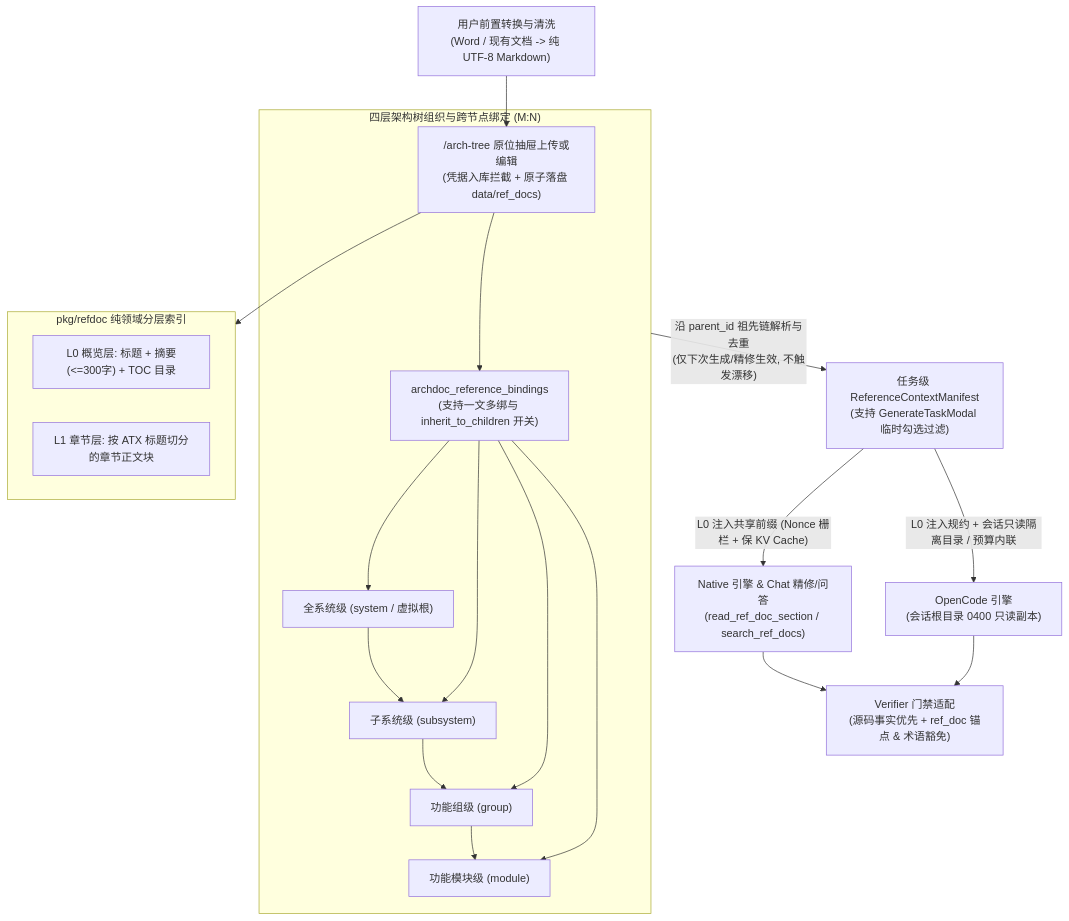
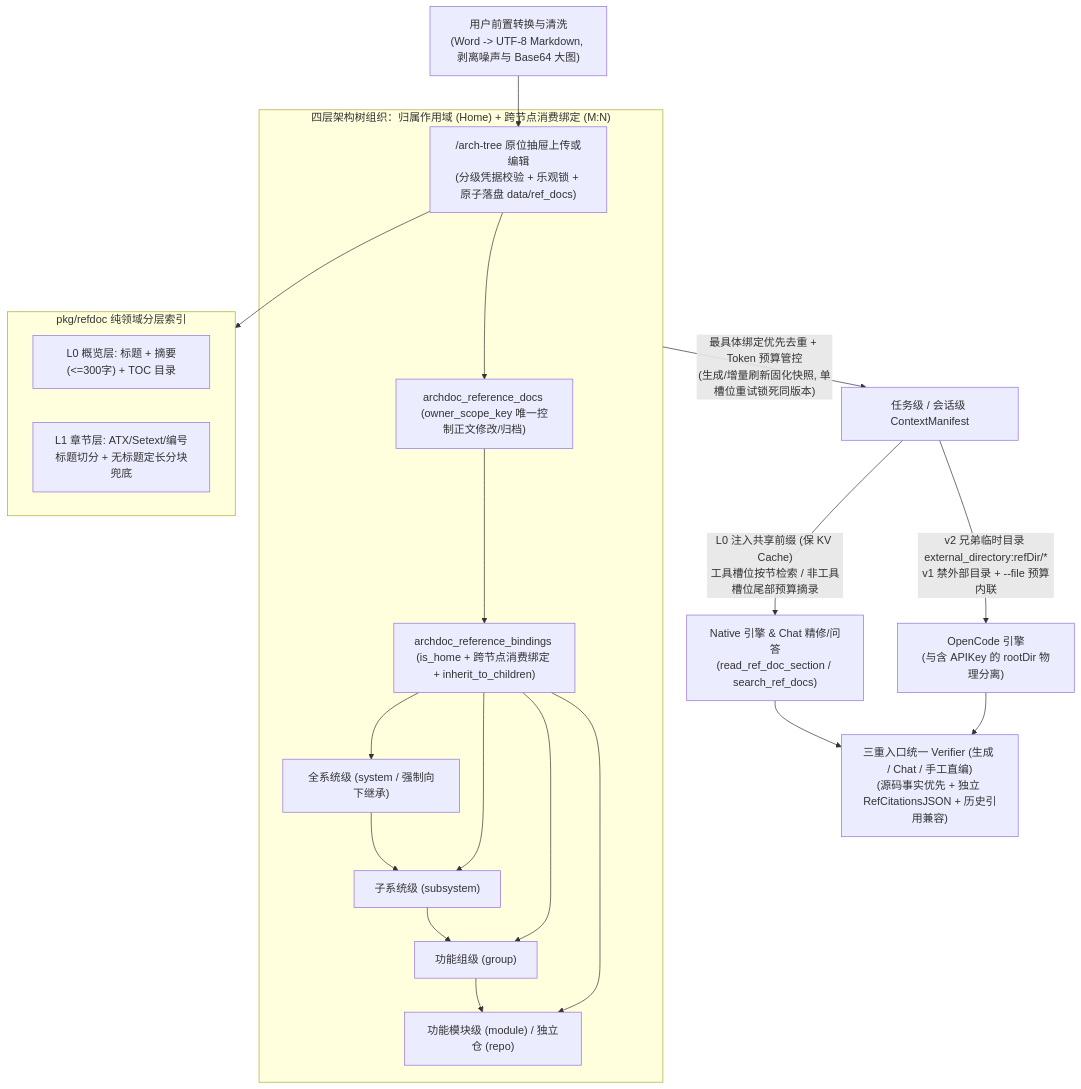
Before and after one commit to fugui/code-archdoc: the diagram in docs/05-adr/10-arch-reference-docs-and-context-injection.md, drawn with Mermaid. The commit also changed other lines of this file, not shown here.

Commit message:
docs(adr): 检视并修订 ADR-10 参考文档归属 RBAC、独立引用列与 OpenCode v2 隔离方案

````diff
--- a/docs/05-adr/10-arch-reference-docs-and-context-injection.md
+++ b/docs/05-adr/10-arch-reference-docs-and-context-injection.md
@@ -42,29 +42,30 @@
 ```mermaid
 flowchart TB
-    User["用户前置转换与清洗\n(Word / 现有文档 -> 纯 UTF-8 Markdown)"] --> Upload["/arch-tree 原位抽屉上传或编辑\n(凭据入库拦截 + 原子落盘 data/ref_docs)"]
+    User["用户前置转换与清洗\n(Word -> UTF-8 Markdown, 剥离噪声与 Base64 大图)"] --> Upload["/arch-tree 原位抽屉上传或编辑\n(分级凭据校验 + 乐观锁 + 原子落盘 data/ref_docs)"]
 
-    subgraph OrgModel["四层架构树组织与跨节点绑定 (M:N)"]
-        Sys["全系统级 (system / 虚拟根)"] --> Sub["子系统级 (subsystem)"]
+    subgraph OrgModel["四层架构树组织：归属作用域 (Home) + 跨节点消费绑定 (M:N)"]
+        Sys["全系统级 (system / 强制向下继承)"] --> Sub["子系统级 (subsystem)"]
         Sub --> Grp["功能组级 (group)"]
-        Grp --> Mod["功能模块级 (module)"]
-        Upload --> Bind["archdoc_reference_bindings\n(支持一文多绑与 inherit_to_children 开关)"]
+        Grp --> Mod["功能模块级 (module) / 独立仓 (repo)"]
+        Upload --> Home["archdoc_reference_docs (owner_scope_key 唯一控制正文修改/归档)"]
+        Home --> Bind["archdoc_reference_bindings (is_home + 跨节点消费绑定 + inherit_to_children)"]
         Bind --> Sys
         Bind --> Sub
         Bind --> Grp
         Bind --> Mod
     end
 
     subgraph IndexLayer["pkg/refdoc 纯领域分层索引"]
         L0["L0 概览层: 标题 + 摘要(<=300字) + TOC 目录"]
-        L1["L1 章节层: 按 ATX 标题切分的章节正文块"]
+        L1["L1 章节层: ATX/Setext/编号标题切分 + 无标题定长分块兜底"]
     end
 
     Upload --> IndexLayer
-    OrgModel -->|"沿 parent_id 祖先链解析与去重\n(仅下次生成/精修生效, 不触发漂移)"| Manifest["任务级 ReferenceContextManifest\n(支持 GenerateTaskModal 临时勾选过滤)"]
+    OrgModel -->|"最具体绑定优先去重 + Token 预算管控\n(生成/增量刷新固化快照, 单槽位重试锁死同版本)"| Manifest["任务级 / 会话级 ContextManifest"]
 
-    Manifest -->|"L0 注入共享前缀 (Nonce 栅栏 + 保 KV Cache)"| Native["Native 引擎 & Chat 精修/问答\n(read_ref_doc_section / search_ref_docs)"]
-    Manifest -->|"L0 注入规约 + 会话只读隔离目录 / 预算内联"| OpenCode["OpenCode 引擎\n(会话根目录 0400 只读副本)"]
+    Manifest -->|"L0 注入共享前缀 (保 KV Cache)\n工具槽位按节检索 / 非工具槽位尾部预算摘录"| Native["Native 引擎 & Chat 精修/问答\n(read_ref_doc_section / search_ref_docs)"]
+    Manifest -->|"v2 兄弟临时目录 external_directory:refDir/*\nv1 禁外部目录 + --file 预算内联"| OpenCode["OpenCode 引擎\n(与含 APIKey 的 rootDir 物理分离)"]
 
-    Native --> Verifier["Verifier 门禁适配\n(源码事实优先 + ref_doc 锚点 & 术语豁免)"]
+    Native --> Verifier["三重入口统一 Verifier (生成 / Chat / 手工直编)\n(源码事实优先 + 独立 RefCitationsJSON + 历史引用兼容)"]
     OpenCode --> Verifier
 ```
````
